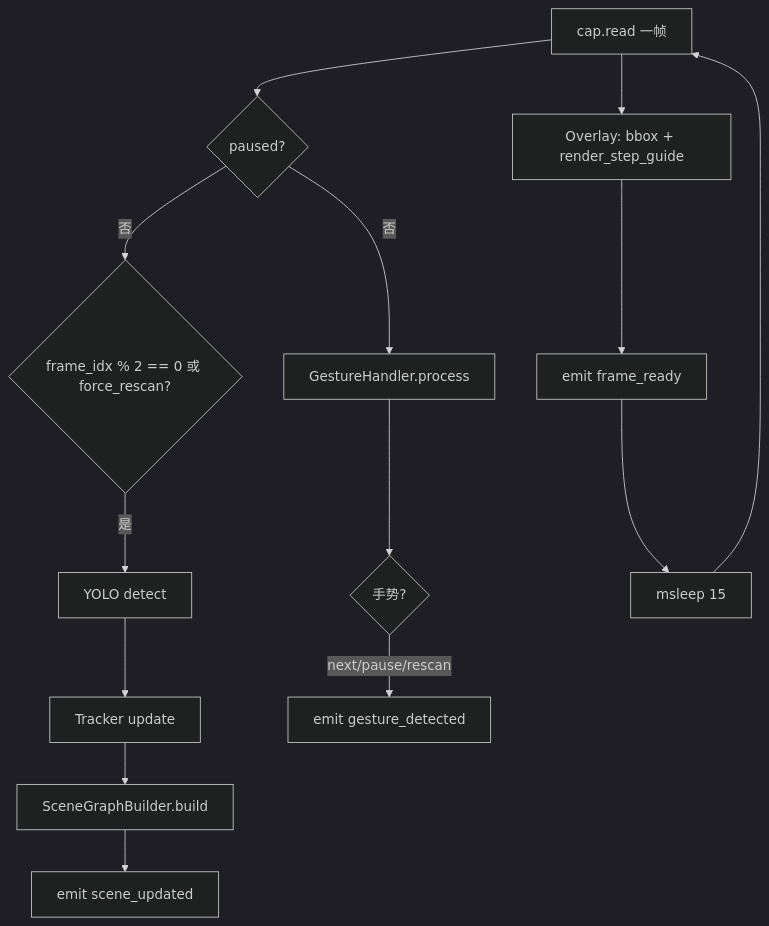
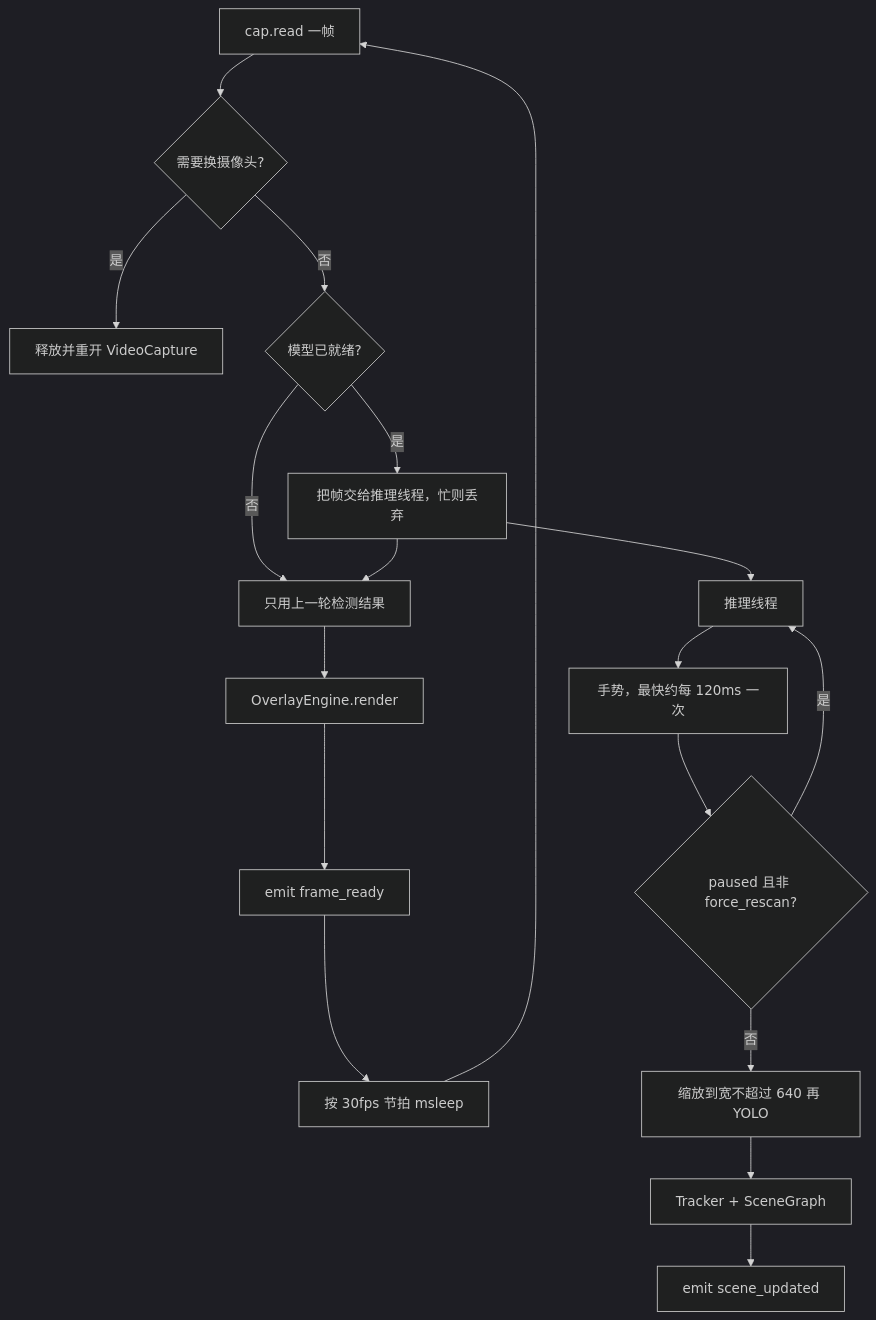
The fourth of 10 diagrams in docs/ARCHITECTURE.md (zackdlut/ai_ardunio), drawn with Mermaid (dark theme) before and after one commit. The commit also changed other lines of this file and 10 other files, not shown here.

````diff
--- a/docs/ARCHITECTURE.md
+++ b/docs/ARCHITECTURE.md
@@ -183,16 +220,21 @@
 ```mermaid
 flowchart TD
-    A[cap.read 一帧] --> B{paused?}
-    B -->|否| C{frame_idx % 2 == 0 或 force_rescan?}
-    C -->|是| D[YOLO detect]
-    D --> E[Tracker update]
-    E --> F[SceneGraphBuilder.build]
-    F --> G[emit scene_updated]
-    B -->|否| H[GestureHandler.process]
-    H --> I{手势?}
-    I -->|next/pause/rescan| J[emit gesture_detected]
-    A --> K[Overlay: bbox + render_step_guide]
-    K --> L[emit frame_ready]
-    L --> M[msleep 15]
-    M --> A
+    A[cap.read 一帧] --> B{需要换摄像头?}
+    B -->|是| B2[释放并重开 VideoCapture]
+    B -->|否| C{模型已就绪?}
+    C -->|是| D[把帧交给推理线程，忙则丢弃]
+    C -->|否| E[只用上一轮检测结果]
+    D --> E
+    E --> F[OverlayEngine.render]
+    F --> G[emit frame_ready]
+    G --> H[按 30fps 节拍 msleep]
+    H --> A
+
+    D --> I[推理线程]
+    I --> J[手势，最快约每 120ms 一次]
+    J --> K{paused 且非 force_rescan?}
+    K -->|是| I
+    K -->|否| L[缩放到宽不超过 640 再 YOLO]
+    L --> M[Tracker + SceneGraph]
+    M --> N[emit scene_updated]
 ```
````
